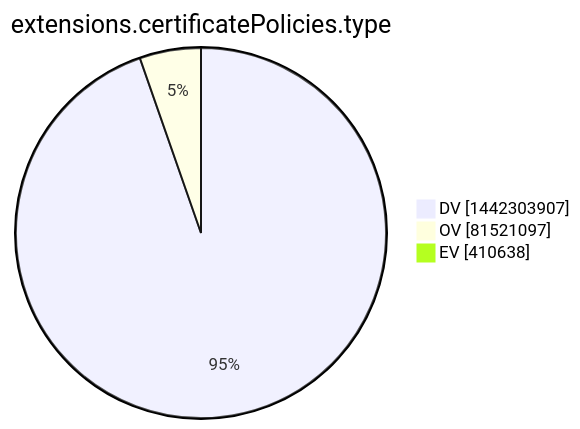
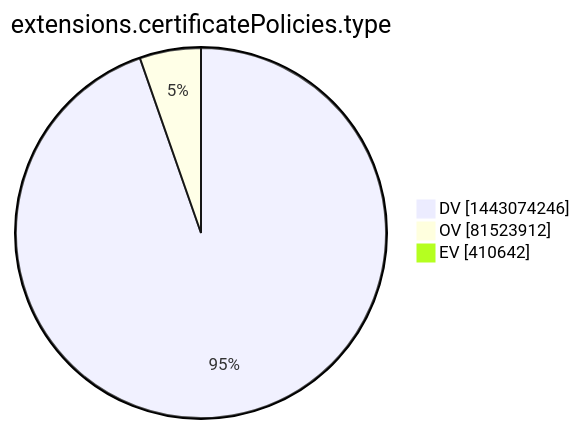
Before and after one commit to christiankrug/ctmonitor_visualization: the tenth of 15 diagrams in xenon2022/README.md, drawn with Mermaid. The commit also changed other lines of this file, not shown here.

````diff
--- a/xenon2022/README.md
+++ b/xenon2022/README.md
@@ -2868,7 +2868,7 @@
 ```mermaid
 pie showData
 title extensions.certificatePolicies.type
-"DV" :1442303907
-"OV" :81521097
-"EV" :410638
+"DV" :1443074246
+"OV" :81523912
+"EV" :410642
 ```
````
